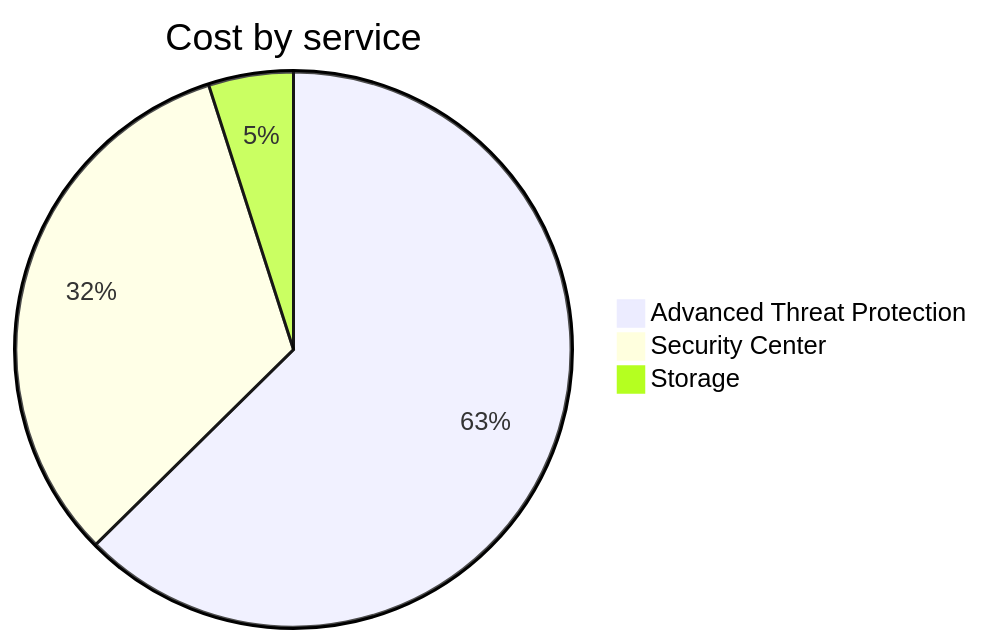
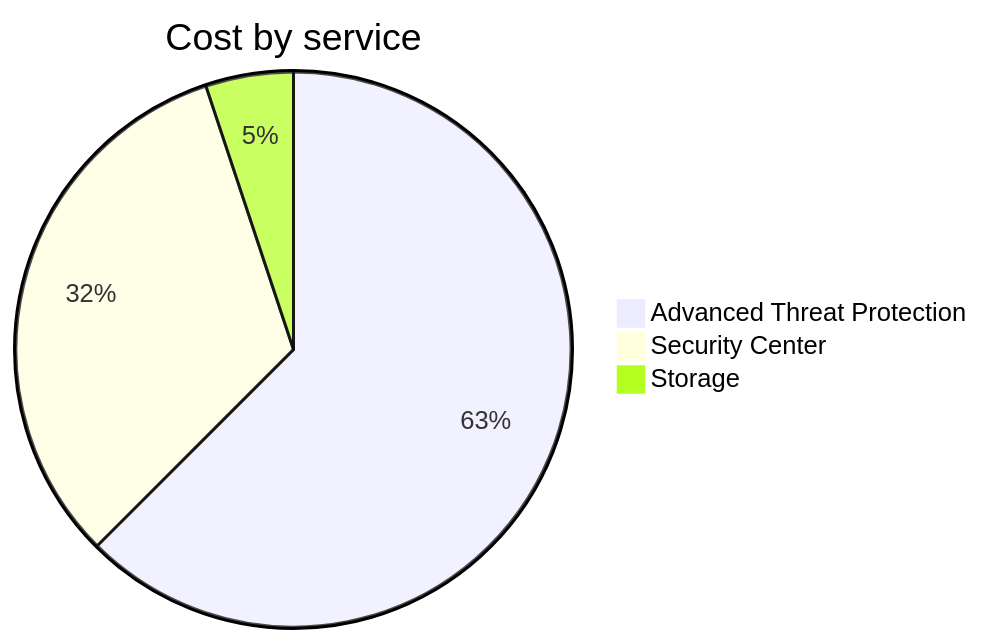
Before and after one commit to jpfulton/azure-personal-reports: the second of 4 diagrams in cost-reports/cloud-shell-storage-eastus/README.md, drawn with Mermaid. The commit also changed other lines of this file and 1 other file, not shown here.

````diff
--- a/cost-reports/cloud-shell-storage-eastus/README.md
+++ b/cost-reports/cloud-shell-storage-eastus/README.md
@@ -95,7 +95,7 @@
 ```mermaid
 pie
    title Cost by service
    "Advanced Threat Protection" : 3.55
    "Security Center" : 1.84
-   "Storage" : 0.28
+   "Storage" : 0.29
 ```
````
